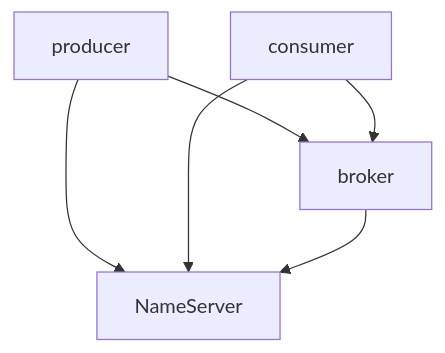
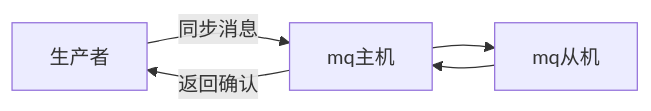
The diagram in docs/bjpowernode/06-微服务结构/10-RocketMQ.md (ZHENG28/ZHENGnotes), drawn with Mermaid before and after one commit. The commit also changed other lines of this file and 3 other files, not shown here.

````diff
--- a/docs/bjpowernode/06-微服务结构/10-RocketMQ.md
+++ b/docs/bjpowernode/06-微服务结构/10-RocketMQ.md
@@ -35,8 +65,5 @@
-    ```mermaid
-    graph TB
-    producer --> NameServer
-    consumer --> NameServer
-    broker --> NameServer
-    producer --> broker
-    consumer --> broker
-    ```
+        ```mermaid
+        graph LR
+        生产者 --同步消息--> mq主机 --> mq从机
+        mq从机 --> mq主机 --返回确认--> 生产者
+        ```
````
